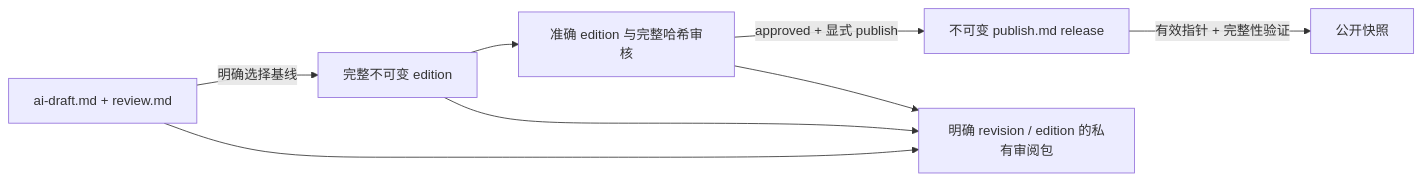
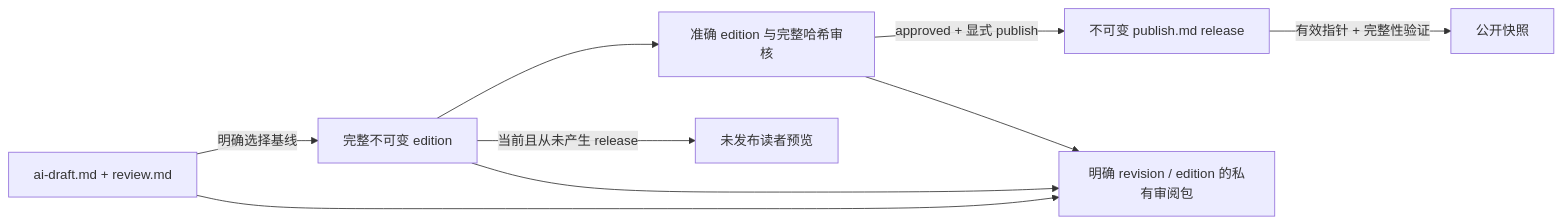
The diagram in docs/ai-proofreading-architecture.md (SuperCatQR/bilibili-asr-archive), drawn with Mermaid before and after one commit. The commit also changed other lines of this file and 61 other files, not shown here.

First line of the commit message:
docs: refresh main architecture and add complete sequence diagrams

````diff
--- a/docs/ai-proofreading-architecture.md
+++ b/docs/ai-proofreading-architecture.md
@@ -79,10 +80,11 @@
 ```mermaid
 flowchart LR
   ai[ai-draft.md + review.md] -->|明确选择基线| edition[完整不可变 edition]
   edition --> review[准确 edition 与完整哈希审核]
   review -->|approved + 显式 publish| release[不可变 publish.md release]
   release -->|有效指针 + 完整性验证| public[公开快照]
+  edition -->|当前且从未产生 release| preview[未发布读者预览]
   ai --> private[明确 revision / edition 的私有审阅包]
   edition --> private
   review --> private
 ```
````
